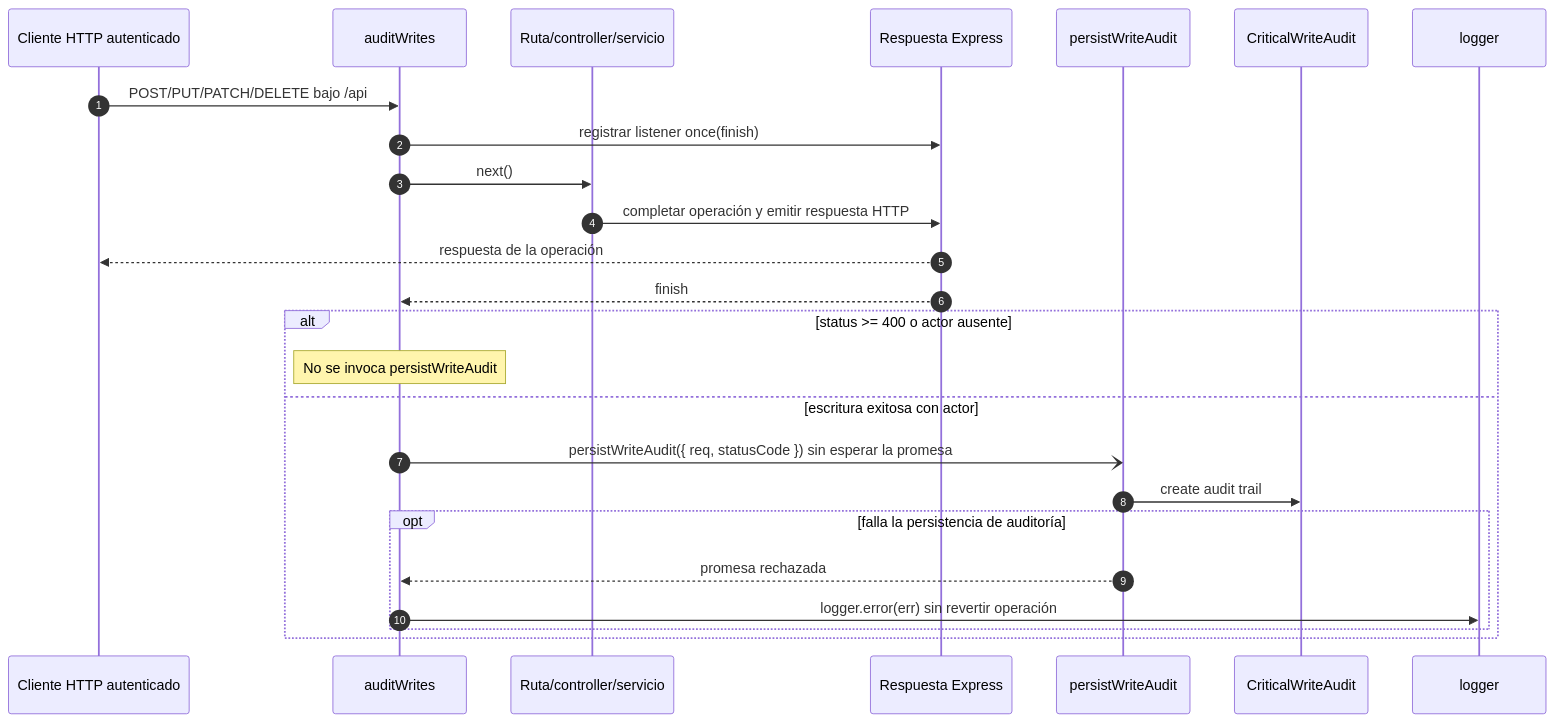
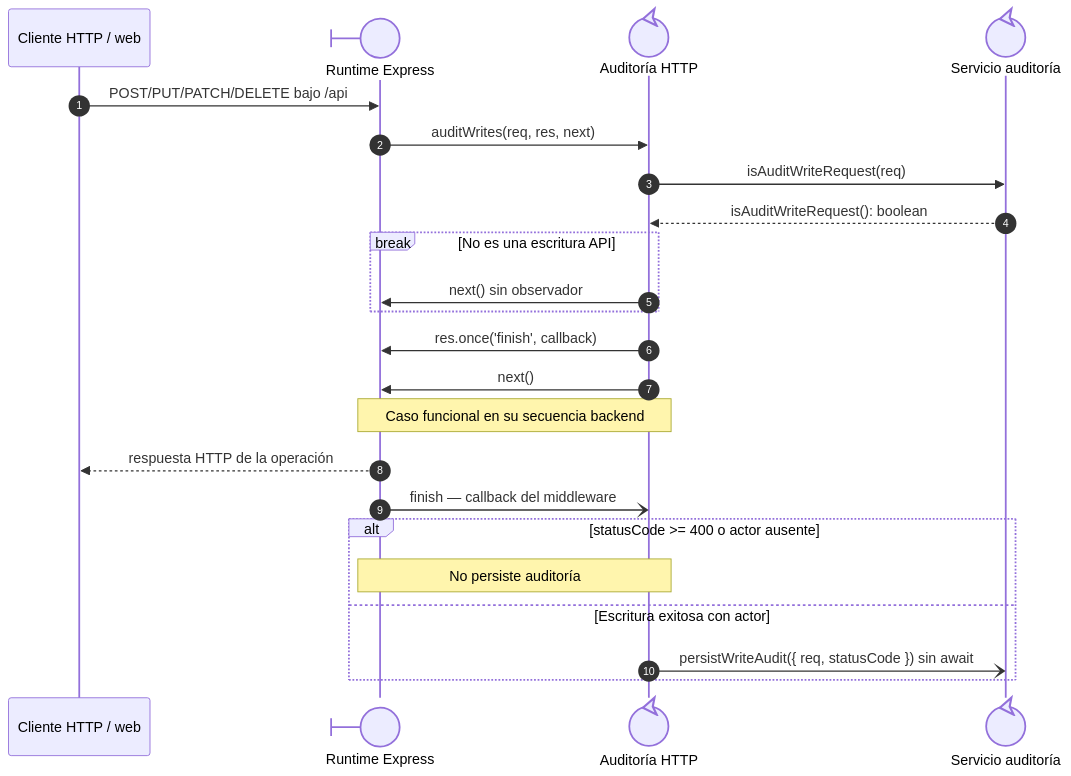
The first of 2 diagrams in docs/architecture/views/processes/shared-runtime-behavior/01-write-audit.md (gpgsistemas01/nexus), drawn with Mermaid before and after one commit. The commit also changed other lines of this file and 191 other files, not shown here.

Commit message:
docs: trace sequence lifelines to distinct implementation files

````diff
--- a/docs/architecture/views/processes/shared-runtime-behavior/01-write-audit.md
+++ b/docs/architecture/views/processes/shared-runtime-behavior/01-write-audit.md
@@ -13,28 +28,26 @@
 ```mermaid
 sequenceDiagram
     autonumber
-    participant Browser as Cliente HTTP autenticado
-    participant Audit as auditWrites
-    participant Route as Ruta/controller/servicio
-    participant Response as Respuesta Express
-    participant AuditService as persistWriteAudit
-    participant Prisma as CriticalWriteAudit
-    participant Logger as logger
+    participant Client as Cliente HTTP / web
+    participant Express@{ "type": "boundary" } as Runtime Express
+    participant Audit@{ "type": "control" } as Auditoría HTTP
+    participant AuditService@{ "type": "control" } as Servicio auditoría
 
-    Browser->>Audit: POST/PUT/PATCH/DELETE bajo /api
-    Audit->>Response: registrar listener once(finish)
-    Audit->>Route: next()
-    Route->>Response: completar operación y emitir respuesta HTTP
-    Response-->>Browser: respuesta de la operación
-    Response-->>Audit: finish
-    alt status >= 400 o actor ausente
-        Note over Audit: No se invoca persistWriteAudit
-    else escritura exitosa con actor
-        Audit-)AuditService: persistWriteAudit({ req, statusCode }) sin esperar la promesa
-        AuditService->>Prisma: create audit trail
-        opt falla la persistencia de auditoría
-            AuditService-->>Audit: promesa rechazada
-            Audit->>Logger: logger.error(err) sin revertir operación
-        end
+    Client->>Express: POST/PUT/PATCH/DELETE bajo /api
+    Express->>Audit: auditWrites(req, res, next)
+    Audit->>AuditService: isAuditWriteRequest(req)
+    AuditService-->>Audit: isAuditWriteRequest(): boolean
+    break No es una escritura API
+        Audit->>Express: next() sin observador
+    end
+    Audit->>Express: res.once('finish', callback)
+    Audit->>Express: next()
+    Note over Express,Audit: Caso funcional en su secuencia backend
+    Express-->>Client: respuesta HTTP de la operación
+    Express-)Audit: finish — callback del middleware
+    alt statusCode >= 400 o actor ausente
+        Note over Express,Audit: No persiste auditoría
+    else Escritura exitosa con actor
+        Audit-)AuditService: persistWriteAudit({ req, statusCode }) sin await
     end
 ```
````
